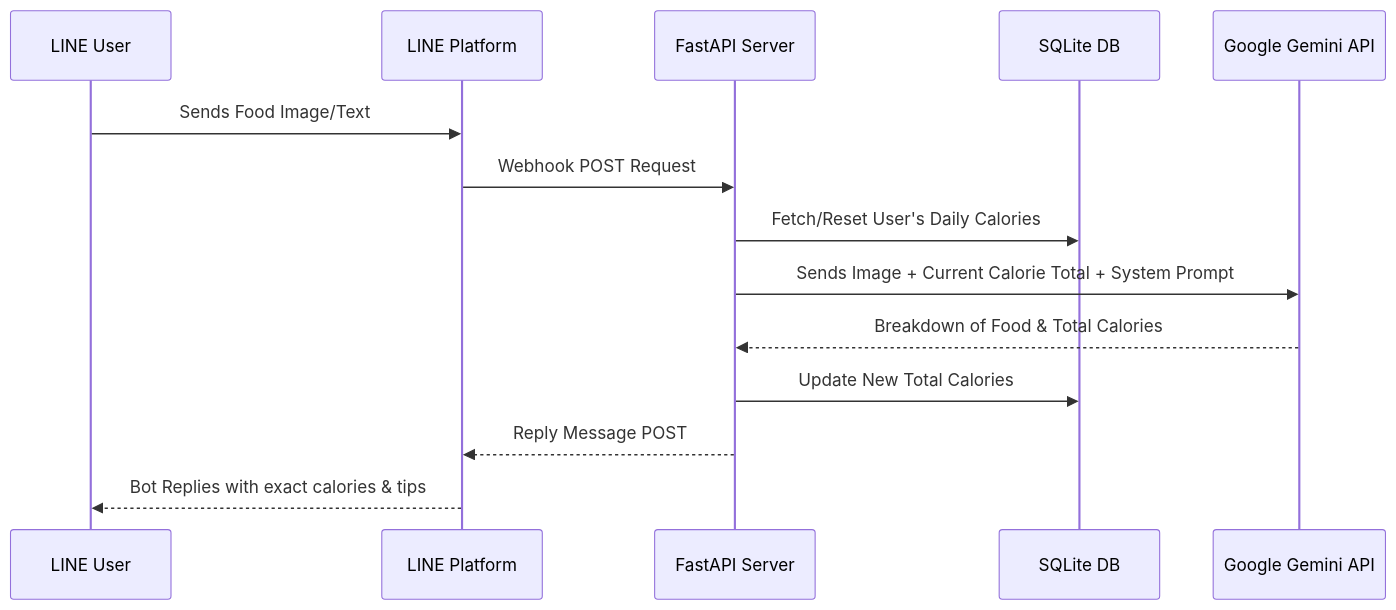
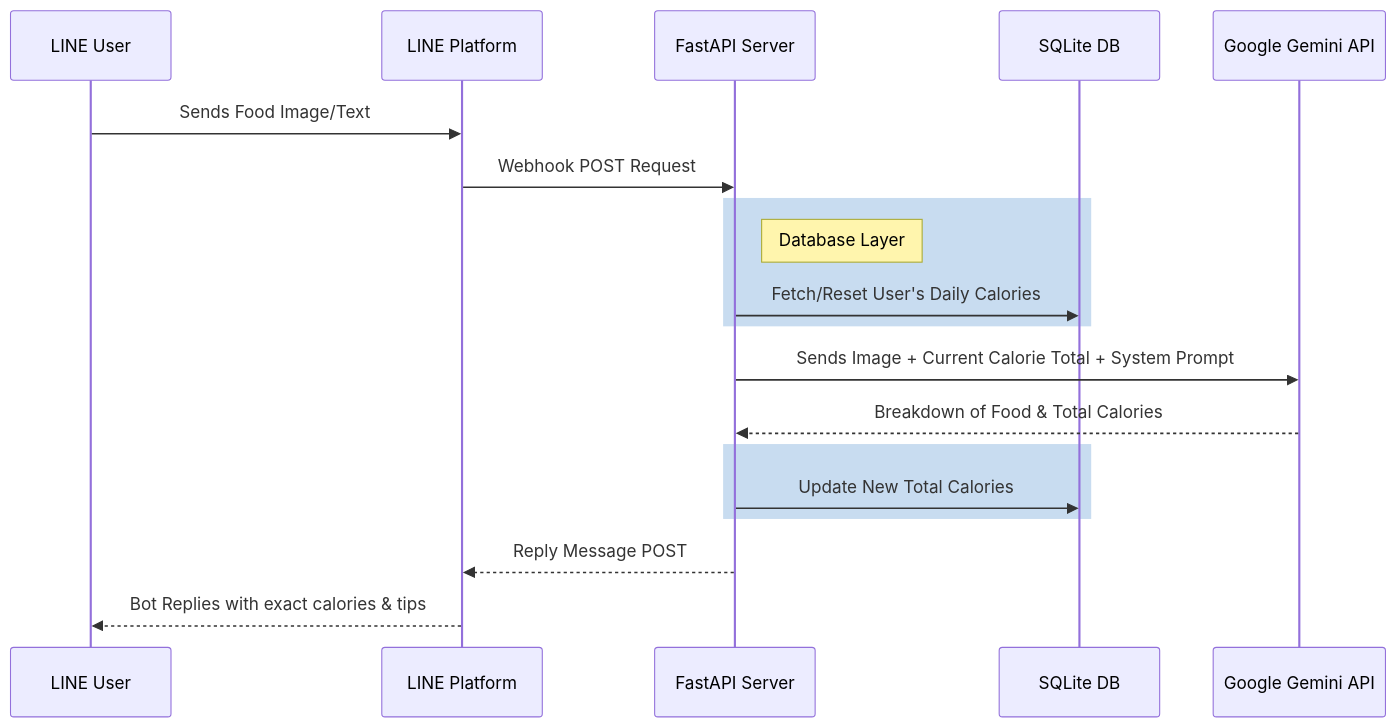
The diagram in README.md (welltilln/howmanycals), drawn with Mermaid before and after one commit. The commit also changed other lines of this file, not shown here.

````diff
--- a/README.md
+++ b/README.md
@@ -13,17 +38,26 @@
 ```mermaid
 sequenceDiagram
     participant User as LINE User
     participant LINE as LINE Platform
     participant App as FastAPI Server
     participant DB as SQLite DB
     participant Gemini as Google Gemini API
 
     User->>LINE: Sends Food Image/Text
     LINE->>App: Webhook POST Request
-    App->>DB: Fetch/Reset User's Daily Calories
+    
+    rect rgb(200, 220, 240)
+        Note right of App: Database Layer
+        App->>DB: Fetch/Reset User's Daily Calories
+    end
+
     App->>Gemini: Sends Image + Current Calorie Total + System Prompt
     Gemini-->>App: Breakdown of Food & Total Calories
-    App->>DB: Update New Total Calories
+    
+    rect rgb(200, 220, 240)
+        App->>DB: Update New Total Calories
+    end
+
     App-->>LINE: Reply Message POST
     LINE-->>User: Bot Replies with exact calories & tips
 ```
````
